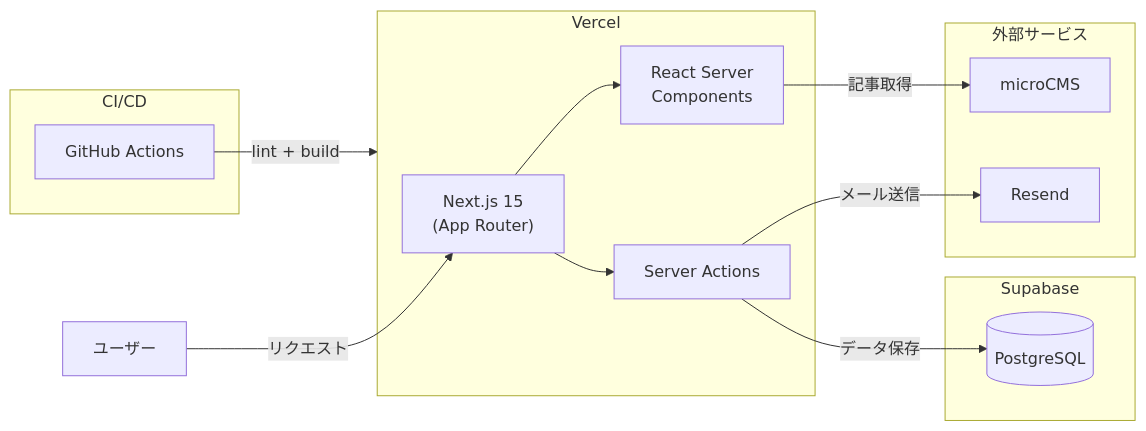
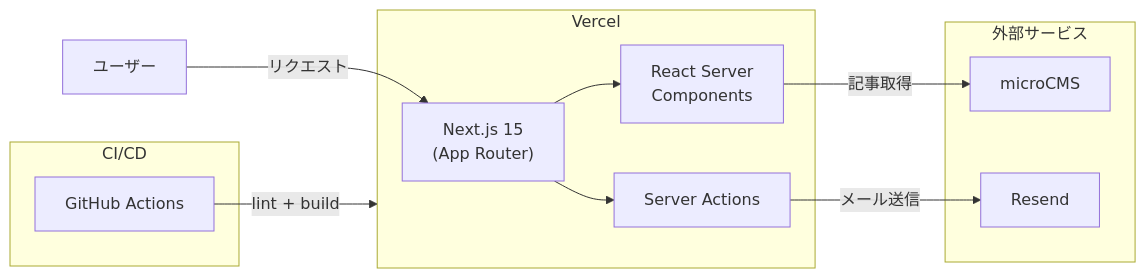
One commit to hy-tanebi/corporate-app changed the first of 2 diagrams in README.md. Above: the diagram before and after it, drawn with Mermaid. The commit also changed other lines of this file, not shown here.

First line of the commit message:
docs: Supabase・QAレビューエージェントの記述を削除

````diff
--- a/README.md
+++ b/README.md
@@ -168,31 +155,26 @@
 ```mermaid
 graph LR
     User["ユーザー"]
 
     subgraph Vercel["Vercel"]
         NextJS["Next.js 15<br/>(App Router)"]
         RSC["React Server<br/>Components"]
         SA["Server Actions"]
     end
 
     subgraph External["外部サービス"]
         microCMS["microCMS"]
         Resend["Resend"]
     end
 
-    subgraph Supabase["Supabase"]
-        PostgreSQL[("PostgreSQL")]
-    end
-
     subgraph CI["CI/CD"]
         GHA["GitHub Actions"]
     end
 
     User -->|"リクエスト"| NextJS
     NextJS --> RSC
     NextJS --> SA
     RSC -->|"記事取得"| microCMS
     SA -->|"メール送信"| Resend
-    SA -->|"データ保存"| PostgreSQL
     GHA -->|"lint + build"| Vercel
 ```
````
